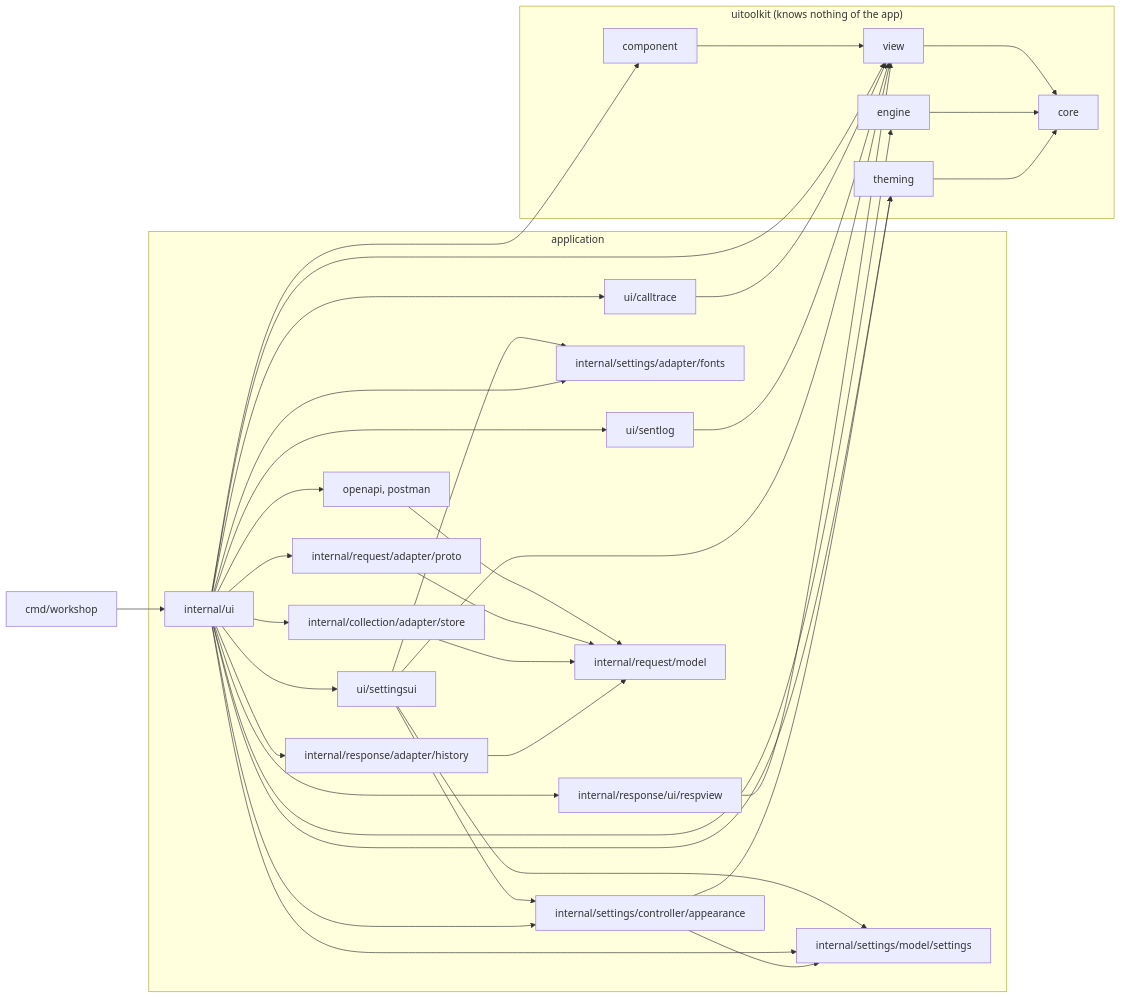
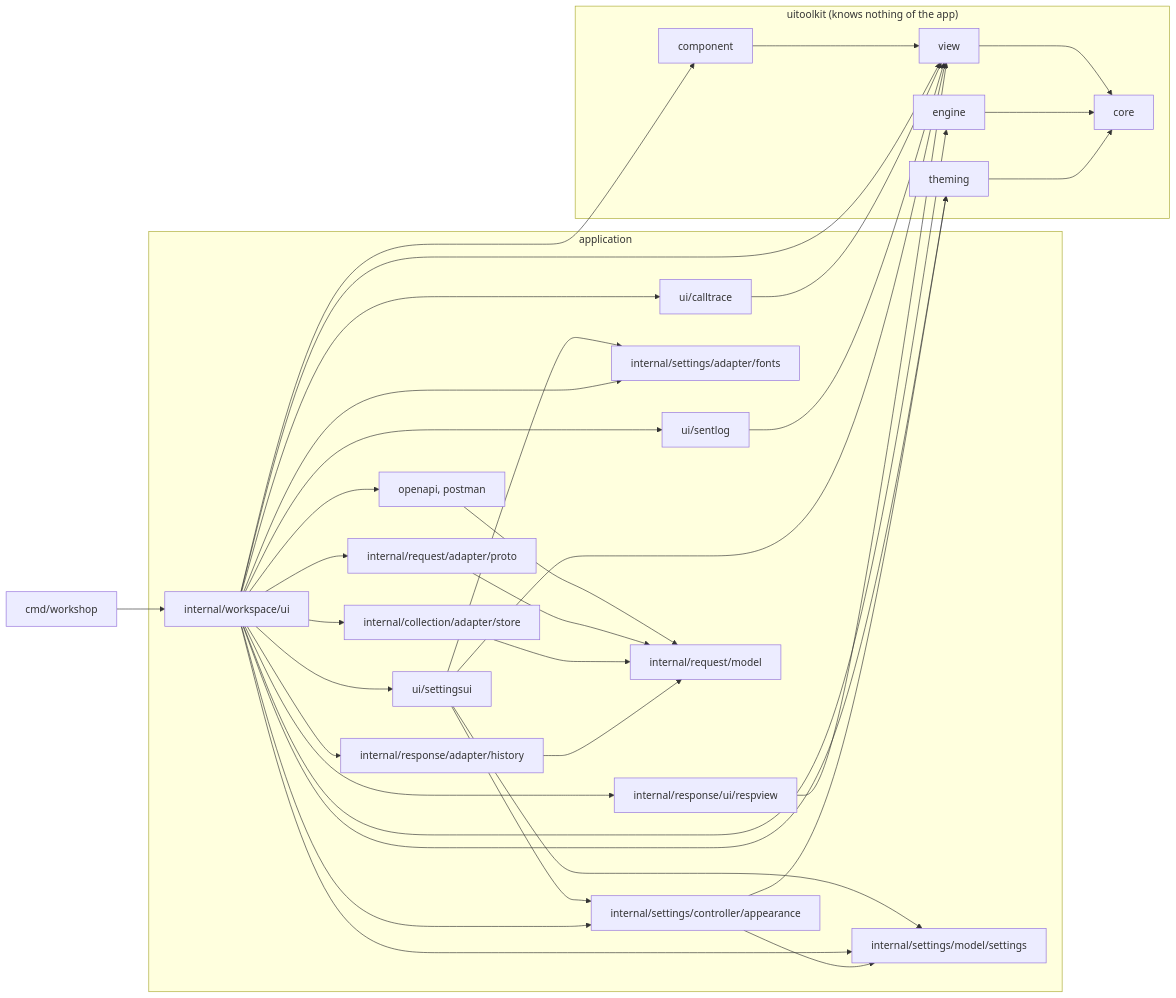
One commit to gascoigne-ai/gascoigne-workshop changed the diagram in .harness/architecture.md. Above: the diagram before and after it, drawn with Mermaid. The commit also changed other lines of this file and 74 other files, not shown here.

First line of the commit message:
refactor(workspace): the App moves to internal/workspace/ui/app

````diff
--- a/.harness/architecture.md
+++ b/.harness/architecture.md
@@ -5,40 +5,40 @@
 ```mermaid
 flowchart LR
-  cmd["cmd/workshop"] --> ui["internal/ui"]
+  cmd["cmd/workshop"] --> ui["internal/workspace/ui"]
   subgraph app["application"]
     ui --> calltrace["ui/calltrace"]
     ui --> sentlog["ui/sentlog"]
     ui --> settingsui["ui/settingsui"]
     settingsui --> settings
     settingsui --> fonts
     settingsui --> appearance
     ui --> appearance["internal/settings/controller/appearance"]
     ui --> respview["internal/response/ui/respview"]
     ui --> store["internal/collection/adapter/store"]
     ui --> imports["openapi, postman"]
     ui --> fonts["internal/settings/adapter/fonts"]
     ui --> history["internal/response/adapter/history"]
     ui --> settings["internal/settings/model/settings"]
     ui --> proto["internal/request/adapter/proto"]
     imports --> model["internal/request/model"]
     proto --> model
     store --> model
     history --> model
   end
   subgraph toolkit["uitoolkit (knows nothing of the app)"]
     component["component"] --> view["view"]
     view --> core["core"]
     engine["engine"] --> core
     theming["theming"] --> core
   end
   ui --> component
   ui --> view
   ui --> engine
   ui --> theming
   calltrace --> view
   sentlog --> view
   settingsui --> view
   appearance --> theming
   appearance --> settings
   respview --> view
 ```
````
